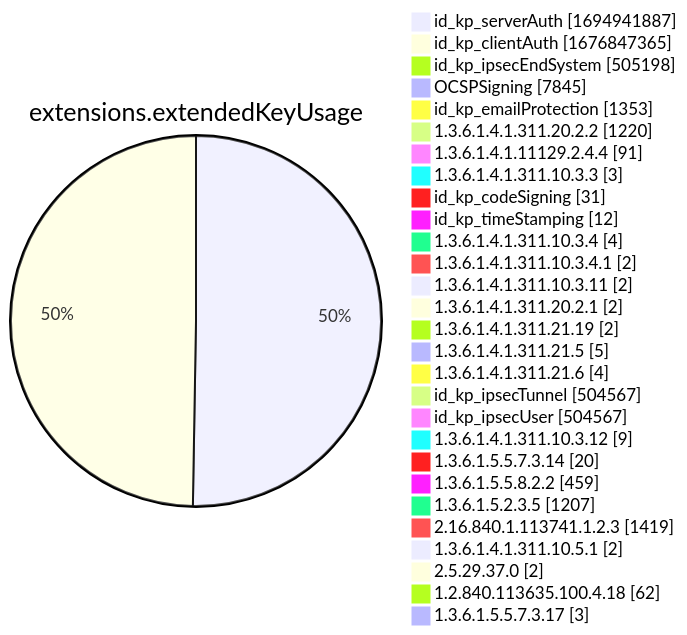
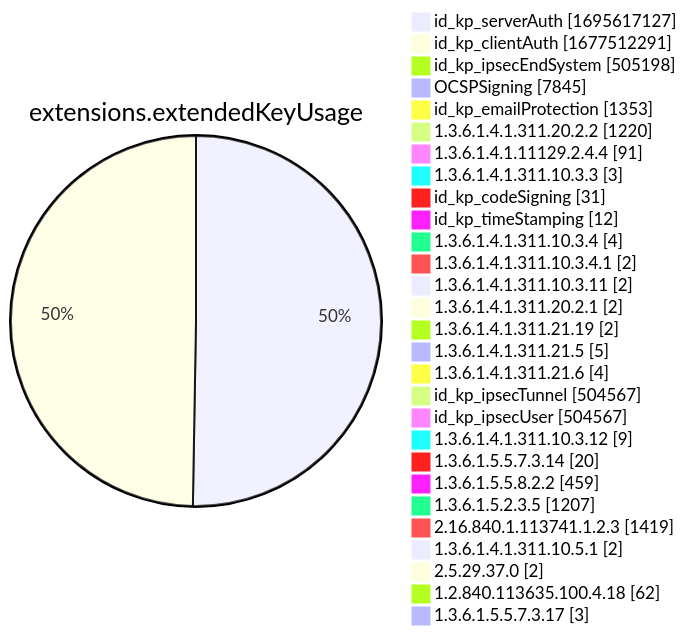
Diagram 12 of 15 in xenon2022/README.md (christiankrug/ctmonitor_visualization), drawn with Mermaid before and after one commit. The commit also changed other lines of this file, not shown here.

````diff
--- a/xenon2022/README.md
+++ b/xenon2022/README.md
@@ -3888,32 +3888,32 @@
 ```mermaid
 pie showData
 title extensions.extendedKeyUsage
-"id_kp_serverAuth" :1694941887
-"id_kp_clientAuth" :1676847365
+"id_kp_serverAuth" :1695617127
+"id_kp_clientAuth" :1677512291
 "id_kp_ipsecEndSystem" :505198
 "OCSPSigning" :7845
 "id_kp_emailProtection" :1353
 "1.3.6.1.4.1.311.20.2.2" :1220
 "1.3.6.1.4.1.11129.2.4.4" :91
 "1.3.6.1.4.1.311.10.3.3" :3
 "id_kp_codeSigning" :31
 "id_kp_timeStamping" :12
 "1.3.6.1.4.1.311.10.3.4" :4
 "1.3.6.1.4.1.311.10.3.4.1" :2
 "1.3.6.1.4.1.311.10.3.11" :2
 "1.3.6.1.4.1.311.20.2.1" :2
 "1.3.6.1.4.1.311.21.19" :2
 "1.3.6.1.4.1.311.21.5" :5
 "1.3.6.1.4.1.311.21.6" :4
 "id_kp_ipsecTunnel" :504567
 "id_kp_ipsecUser" :504567
 "1.3.6.1.4.1.311.10.3.12" :9
 "1.3.6.1.5.5.7.3.14" :20
 "1.3.6.1.5.5.8.2.2" :459
 "1.3.6.1.5.2.3.5" :1207
 "2.16.840.1.113741.1.2.3" :1419
 "1.3.6.1.4.1.311.10.5.1" :2
 "2.5.29.37.0" :2
 "1.2.840.113635.100.4.18" :62
 "1.3.6.1.5.5.7.3.17" :3
 ```
````
